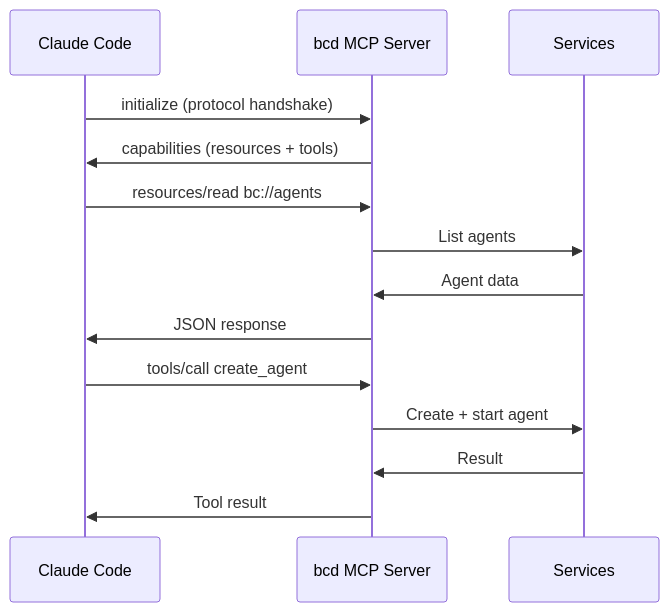
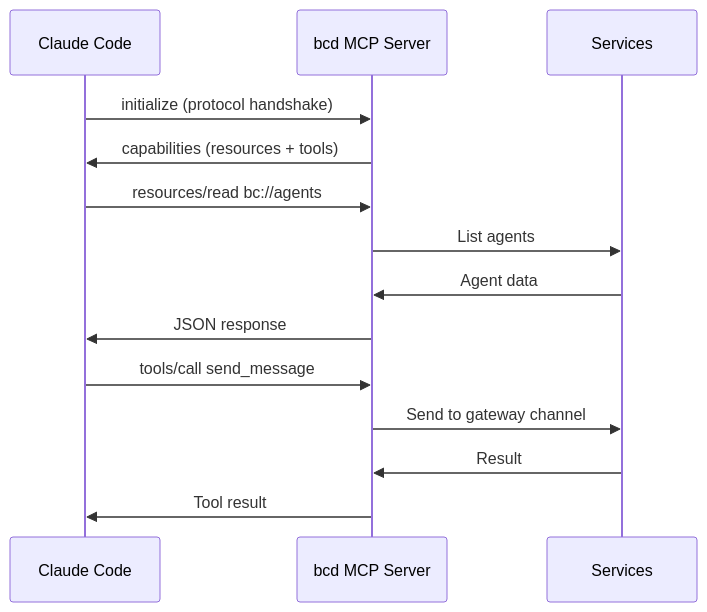
The fourth of 5 diagrams in docs/explanation/networking.md (rpuneet/bc), drawn with Mermaid before and after one commit. The commit also changed other lines of this file and 5 other files, not shown here.

````diff
--- a/docs/explanation/networking.md
+++ b/docs/explanation/networking.md
@@ -89,19 +89,19 @@
 ```mermaid
 sequenceDiagram
     participant Agent as Claude Code
     participant MCP as bcd MCP Server
     participant Svc as Services
 
     Agent->>MCP: initialize (protocol handshake)
     MCP->>Agent: capabilities (resources + tools)
 
     Agent->>MCP: resources/read bc://agents
     MCP->>Svc: List agents
     Svc->>MCP: Agent data
     MCP->>Agent: JSON response
 
-    Agent->>MCP: tools/call create_agent
-    MCP->>Svc: Create + start agent
+    Agent->>MCP: tools/call send_message
+    MCP->>Svc: Send to gateway channel
     Svc->>MCP: Result
     MCP->>Agent: Tool result
 ```
````
